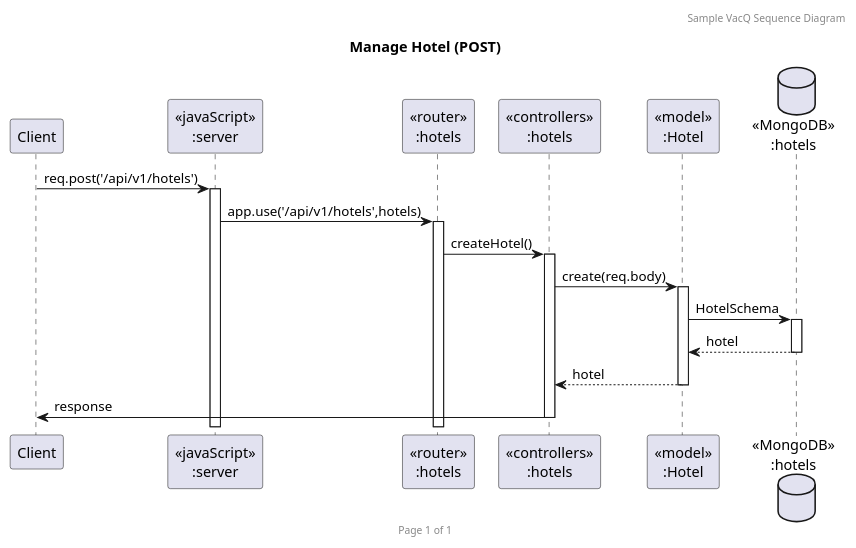
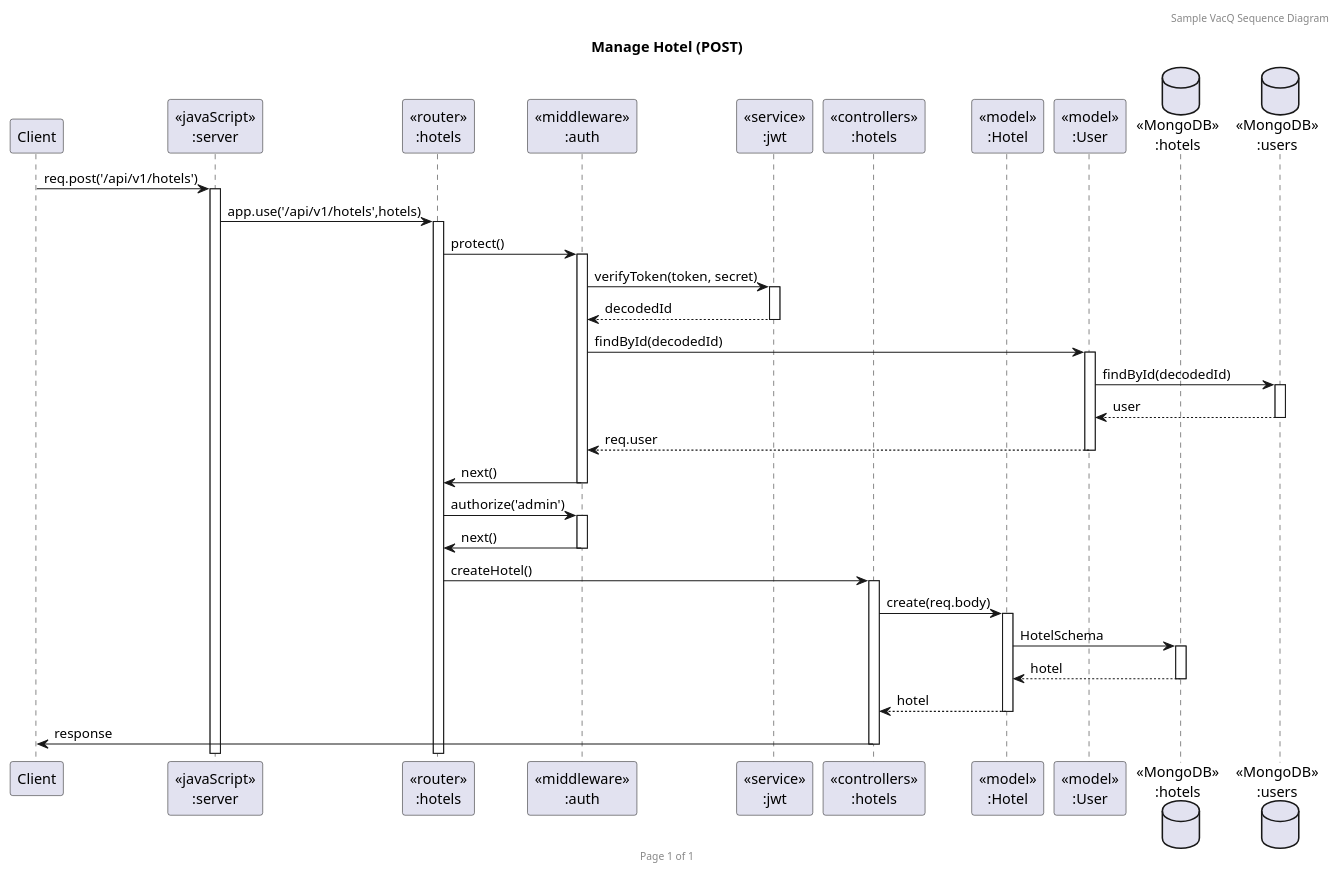
Before and after one commit to n0n7/SWDev_Final: the diagram in diagram/sequence/hotels/hotelPOST/hotelPOST.puml, drawn with PlantUML. The commit also changed 9 other files, not shown here.

Commit message:
update sequence diagram

```diff
--- a/diagram/sequence/hotels/hotelPOST/hotelPOST.puml
+++ b/diagram/sequence/hotels/hotelPOST/hotelPOST.puml
@@ -1,23 +1,41 @@
 @startuml Manage Hotel (POST)
 
 header Sample VacQ Sequence Diagram
 footer Page %page% of %lastpage%
 title "Manage Hotel (POST)"
 
 participant "Client" as client
 participant "<<javaScript>>\n:server" as server
 participant "<<router>>\n:hotels" as routerHotels
+participant "<<middleware>>\n:auth" as authMiddleware
+participant "<<service>>\n:jwt" as jwtService
 participant "<<controllers>>\n:hotels" as controllersHotels
 participant "<<model>>\n:Hotel" as modelHotel
+participant "<<model>>\n:User" as modelUser
 database "<<MongoDB>>\n:hotels" as HotelsDatabase
+database "<<MongoDB>>\n:users" as UsersDatabase
 
 client->server ++:req.post('/api/v1/hotels')
 server->routerHotels ++:app.use('/api/v1/hotels',hotels)
+
+
+routerHotels -> authMiddleware ++:protect()
+authMiddleware -> jwtService ++:verifyToken(token, secret)
+authMiddleware <-- jwtService --: decodedId
+
+authMiddleware -> modelUser ++: findById(decodedId)
+modelUser -> UsersDatabase ++: findById(decodedId)
+modelUser <-- UsersDatabase --: user
+authMiddleware <-- modelUser --: req.user
+authMiddleware -> routerHotels --: next()
+routerHotels -> authMiddleware ++: authorize('admin')
+authMiddleware -> routerHotels --: next()
+
 routerHotels -> controllersHotels ++:createHotel()
 controllersHotels->modelHotel ++:create(req.body)
 modelHotel ->HotelsDatabase ++: HotelSchema
 HotelsDatabase --> modelHotel --: hotel
 controllersHotels <-- modelHotel --:hotel
 controllersHotels->client --:response
 
 @enduml
```
